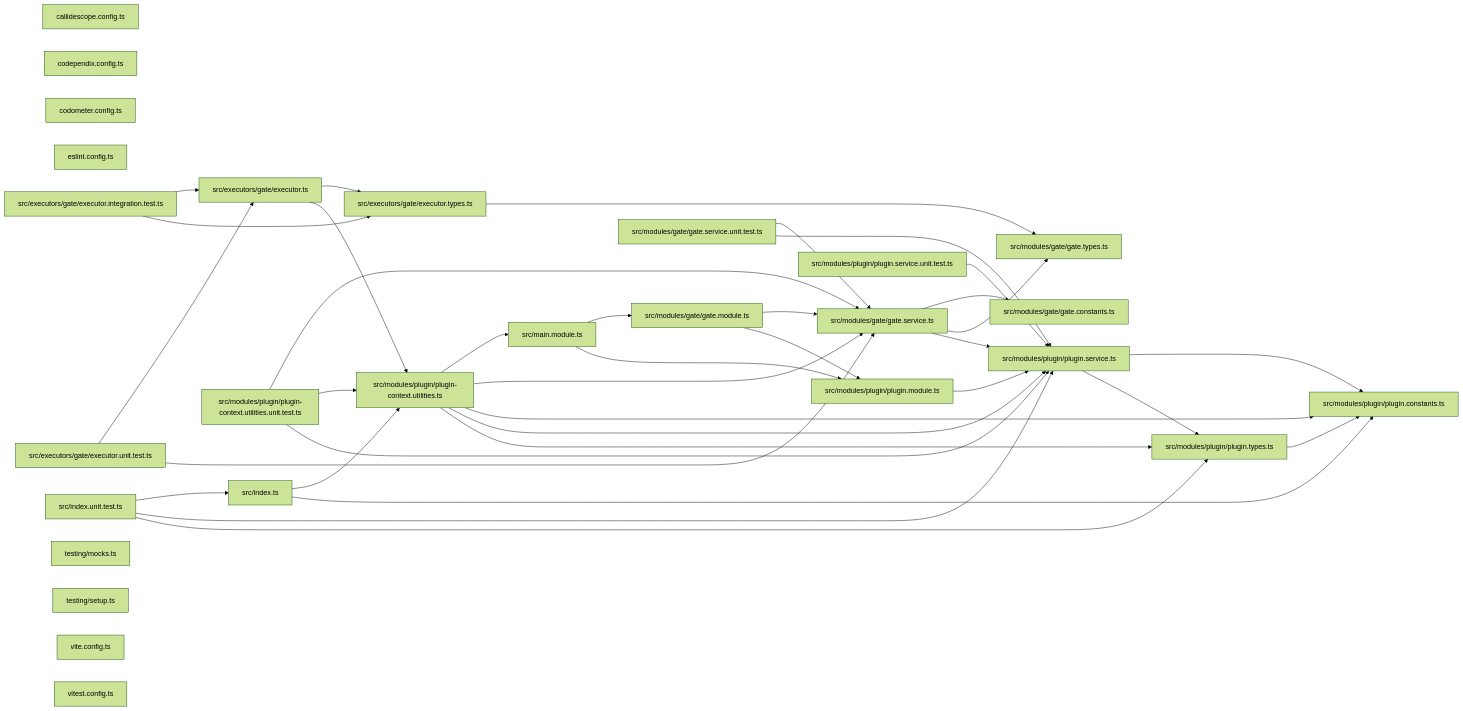
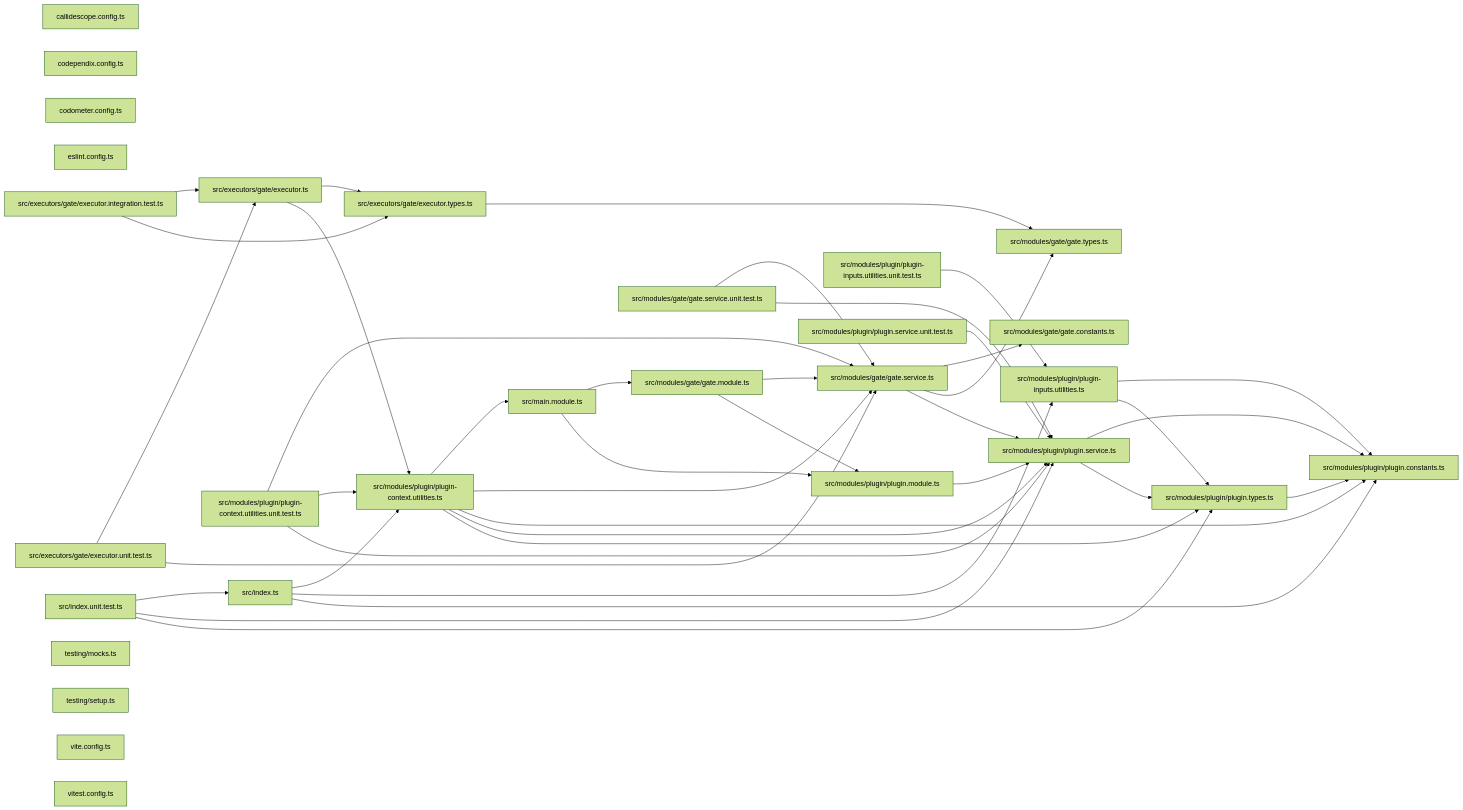
The third of 3 diagrams in packages/ic-suite/codependix/codependix-nx/README.md (Organizzolini/codebase), drawn with Mermaid (forest theme) before and after one commit. The commit also changed other lines of this file and 8 other files, not shown here.

````diff
--- a/packages/ic-suite/codependix/codependix-nx/README.md
+++ b/packages/ic-suite/codependix/codependix-nx/README.md
@@ -173,64 +189,70 @@
 ```mermaid
 graph LR
   file_callidescope_config_ts["callidescope.config.ts"]
   file_codependix_config_ts["codependix.config.ts"]
   file_codometer_config_ts["codometer.config.ts"]
   file_eslint_config_ts["eslint.config.ts"]
   file_src_executors_gate_executor_integration_test_ts["src/executors/gate/executor.integration.test.ts"]
   file_src_executors_gate_executor_ts["src/executors/gate/executor.ts"]
   file_src_executors_gate_executor_types_ts["src/executors/gate/executor.types.ts"]
   file_src_executors_gate_executor_unit_test_ts["src/executors/gate/executor.unit.test.ts"]
   file_src_index_ts["src/index.ts"]
   file_src_index_unit_test_ts["src/index.unit.test.ts"]
   file_src_main_module_ts["src/main.module.ts"]
   file_src_modules_gate_gate_constants_ts["src/modules/gate/gate.constants.ts"]
   file_src_modules_gate_gate_module_ts["src/modules/gate/gate.module.ts"]
   file_src_modules_gate_gate_service_ts["src/modules/gate/gate.service.ts"]
   file_src_modules_gate_gate_service_unit_test_ts["src/modules/gate/gate.service.unit.test.ts"]
   file_src_modules_gate_gate_types_ts["src/modules/gate/gate.types.ts"]
   file_src_modules_plugin_plugin_context_utilities_ts["src/modules/plugin/plugin-context.utilities.ts"]
   file_src_modules_plugin_plugin_context_utilities_unit_test_ts["src/modules/plugin/plugin-context.utilities.unit.test.ts"]
+  file_src_modules_plugin_plugin_inputs_utilities_ts["src/modules/plugin/plugin-inputs.utilities.ts"]
+  file_src_modules_plugin_plugin_inputs_utilities_unit_test_ts["src/modules/plugin/plugin-inputs.utilities.unit.test.ts"]
   file_src_modules_plugin_plugin_constants_ts["src/modules/plugin/plugin.constants.ts"]
   file_src_modules_plugin_plugin_module_ts["src/modules/plugin/plugin.module.ts"]
   file_src_modules_plugin_plugin_service_ts["src/modules/plugin/plugin.service.ts"]
   file_src_modules_plugin_plugin_service_unit_test_ts["src/modules/plugin/plugin.service.unit.test.ts"]
   file_src_modules_plugin_plugin_types_ts["src/modules/plugin/plugin.types.ts"]
   file_testing_mocks_ts["testing/mocks.ts"]
   file_testing_setup_ts["testing/setup.ts"]
   file_vite_config_ts["vite.config.ts"]
   file_vitest_config_ts["vitest.config.ts"]
   file_src_executors_gate_executor_integration_test_ts --> file_src_executors_gate_executor_ts
   file_src_executors_gate_executor_integration_test_ts --> file_src_executors_gate_executor_types_ts
   file_src_executors_gate_executor_ts --> file_src_executors_gate_executor_types_ts
   file_src_executors_gate_executor_ts --> file_src_modules_plugin_plugin_context_utilities_ts
   file_src_executors_gate_executor_types_ts --> file_src_modules_gate_gate_types_ts
   file_src_executors_gate_executor_unit_test_ts --> file_src_executors_gate_executor_ts
   file_src_executors_gate_executor_unit_test_ts --> file_src_modules_gate_gate_service_ts
   file_src_index_ts --> file_src_modules_plugin_plugin_context_utilities_ts
+  file_src_index_ts --> file_src_modules_plugin_plugin_inputs_utilities_ts
   file_src_index_ts --> file_src_modules_plugin_plugin_constants_ts
   file_src_index_unit_test_ts --> file_src_index_ts
   file_src_index_unit_test_ts --> file_src_modules_plugin_plugin_service_ts
   file_src_index_unit_test_ts --> file_src_modules_plugin_plugin_types_ts
   file_src_main_module_ts --> file_src_modules_gate_gate_module_ts
   file_src_main_module_ts --> file_src_modules_plugin_plugin_module_ts
   file_src_modules_gate_gate_module_ts --> file_src_modules_gate_gate_service_ts
   file_src_modules_gate_gate_module_ts --> file_src_modules_plugin_plugin_module_ts
   file_src_modules_gate_gate_service_ts --> file_src_modules_gate_gate_constants_ts
   file_src_modules_gate_gate_service_ts --> file_src_modules_gate_gate_types_ts
   file_src_modules_gate_gate_service_ts --> file_src_modules_plugin_plugin_service_ts
   file_src_modules_gate_gate_service_unit_test_ts --> file_src_modules_gate_gate_service_ts
   file_src_modules_gate_gate_service_unit_test_ts --> file_src_modules_plugin_plugin_service_ts
   file_src_modules_plugin_plugin_context_utilities_ts --> file_src_main_module_ts
   file_src_modules_plugin_plugin_context_utilities_ts --> file_src_modules_gate_gate_service_ts
   file_src_modules_plugin_plugin_context_utilities_ts --> file_src_modules_plugin_plugin_constants_ts
   file_src_modules_plugin_plugin_context_utilities_ts --> file_src_modules_plugin_plugin_service_ts
   file_src_modules_plugin_plugin_context_utilities_ts --> file_src_modules_plugin_plugin_types_ts
   file_src_modules_plugin_plugin_context_utilities_unit_test_ts --> file_src_modules_gate_gate_service_ts
   file_src_modules_plugin_plugin_context_utilities_unit_test_ts --> file_src_modules_plugin_plugin_context_utilities_ts
   file_src_modules_plugin_plugin_context_utilities_unit_test_ts --> file_src_modules_plugin_plugin_service_ts
+  file_src_modules_plugin_plugin_inputs_utilities_ts --> file_src_modules_plugin_plugin_constants_ts
+  file_src_modules_plugin_plugin_inputs_utilities_ts --> file_src_modules_plugin_plugin_types_ts
+  file_src_modules_plugin_plugin_inputs_utilities_unit_test_ts --> file_src_modules_plugin_plugin_inputs_utilities_ts
   file_src_modules_plugin_plugin_module_ts --> file_src_modules_plugin_plugin_service_ts
   file_src_modules_plugin_plugin_service_ts --> file_src_modules_plugin_plugin_constants_ts
   file_src_modules_plugin_plugin_service_ts --> file_src_modules_plugin_plugin_types_ts
   file_src_modules_plugin_plugin_service_unit_test_ts --> file_src_modules_plugin_plugin_service_ts
   file_src_modules_plugin_plugin_types_ts --> file_src_modules_plugin_plugin_constants_ts
 ```
````
